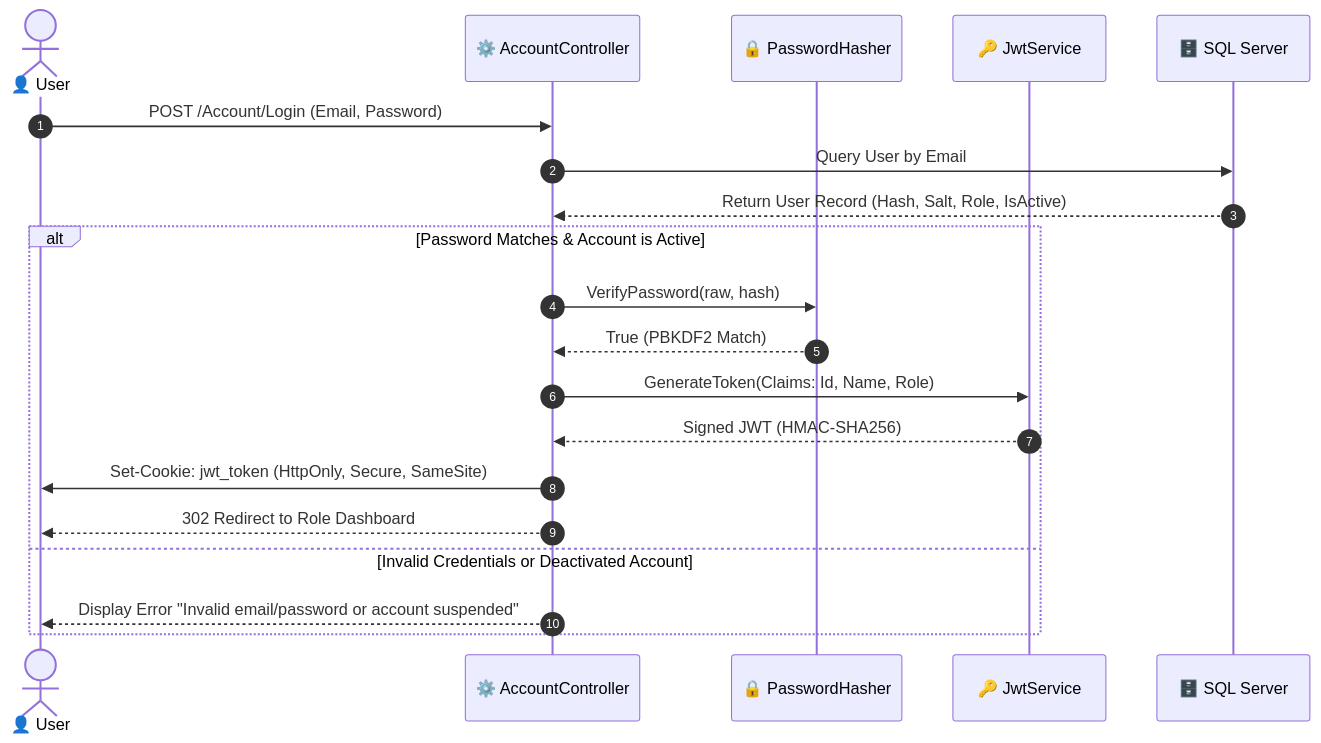
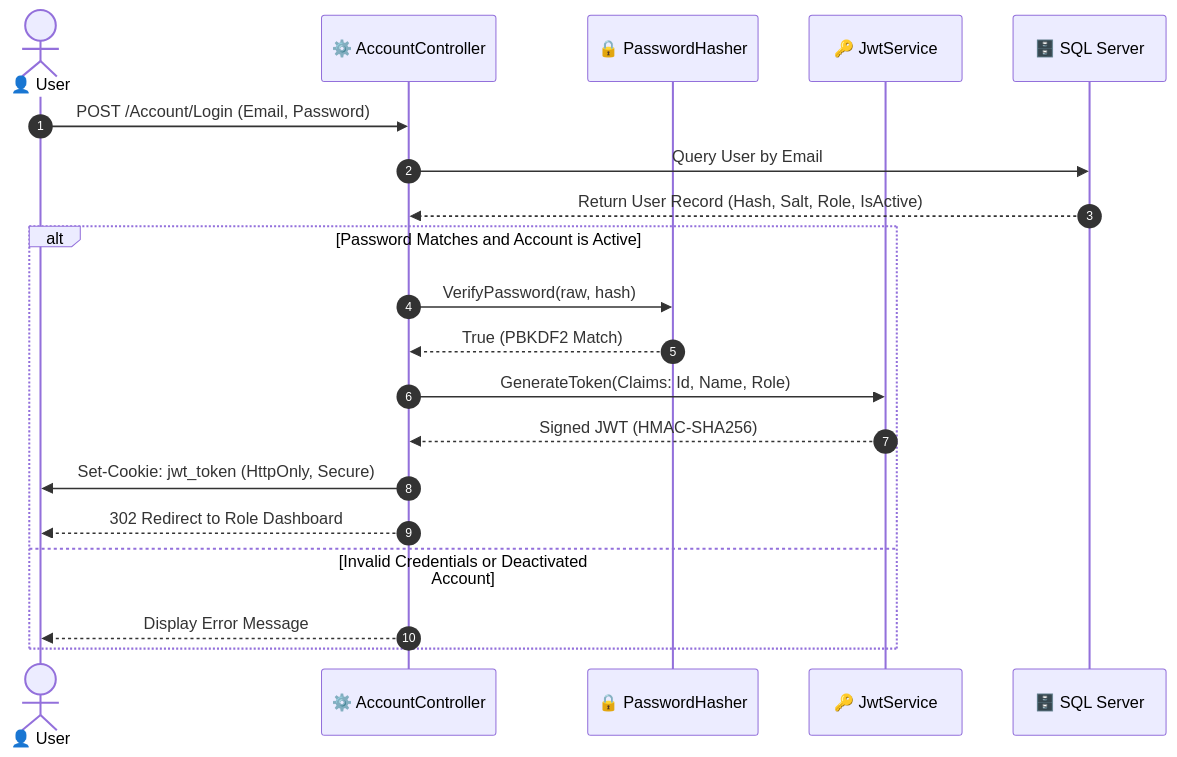
One commit to Bahar0900/Productstore changed the third of 7 diagrams in README.md. Above: the diagram before and after it, drawn with Mermaid. The commit also changed other lines of this file, not shown here.

Commit message:
fix(docs): quote all mermaid edge labels to resolve GitHub parse error

````diff
--- a/README.md
+++ b/README.md
@@ -106,24 +105,24 @@
 ```mermaid
 sequenceDiagram
     autonumber
     actor User as 👤 User
     participant Controller as ⚙️ AccountController
     participant Hasher as 🔒 PasswordHasher
     participant JwtService as 🔑 JwtService
     participant DB as 🗄️ SQL Server
 
     User->>Controller: POST /Account/Login (Email, Password)
     Controller->>DB: Query User by Email
     DB-->>Controller: Return User Record (Hash, Salt, Role, IsActive)
 
-    alt Password Matches & Account is Active
+    alt Password Matches and Account is Active
         Controller->>Hasher: VerifyPassword(raw, hash)
         Hasher-->>Controller: True (PBKDF2 Match)
         Controller->>JwtService: GenerateToken(Claims: Id, Name, Role)
         JwtService-->>Controller: Signed JWT (HMAC-SHA256)
-        Controller->>User: Set-Cookie: jwt_token (HttpOnly, Secure, SameSite)
+        Controller->>User: Set-Cookie: jwt_token (HttpOnly, Secure)
         Controller-->>User: 302 Redirect to Role Dashboard
     else Invalid Credentials or Deactivated Account
-        Controller-->>User: Display Error "Invalid email/password or account suspended"
+        Controller-->>User: Display Error Message
     end
 ```
````
